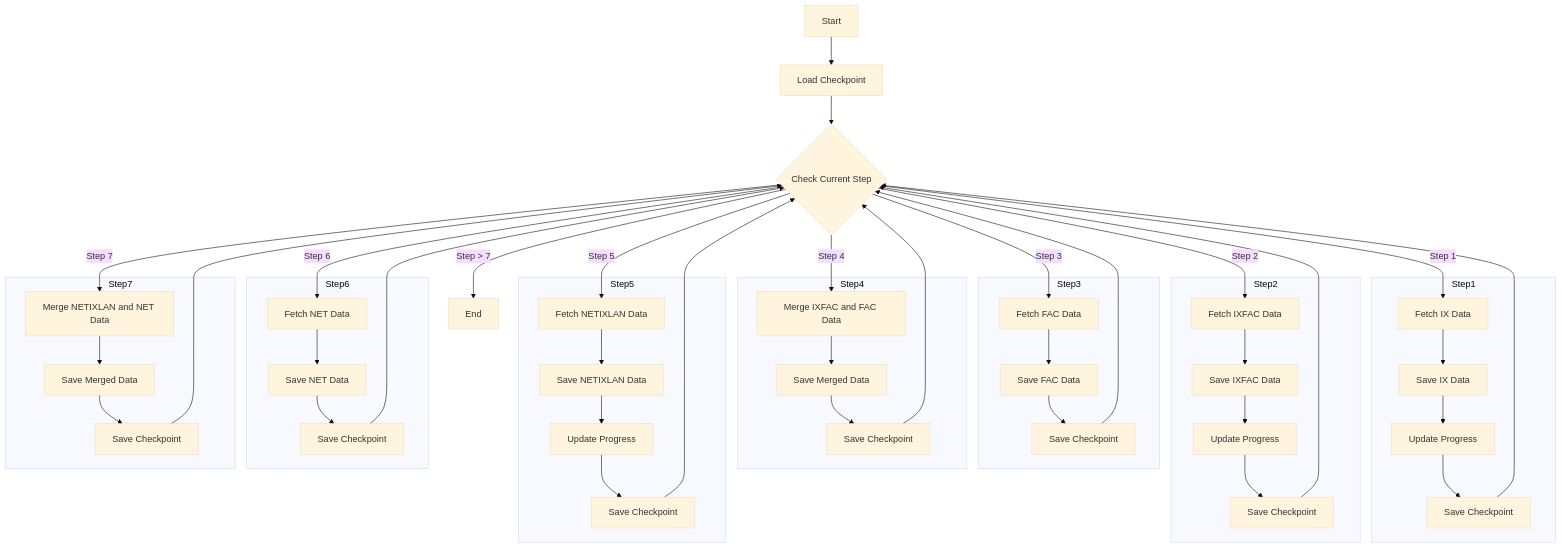
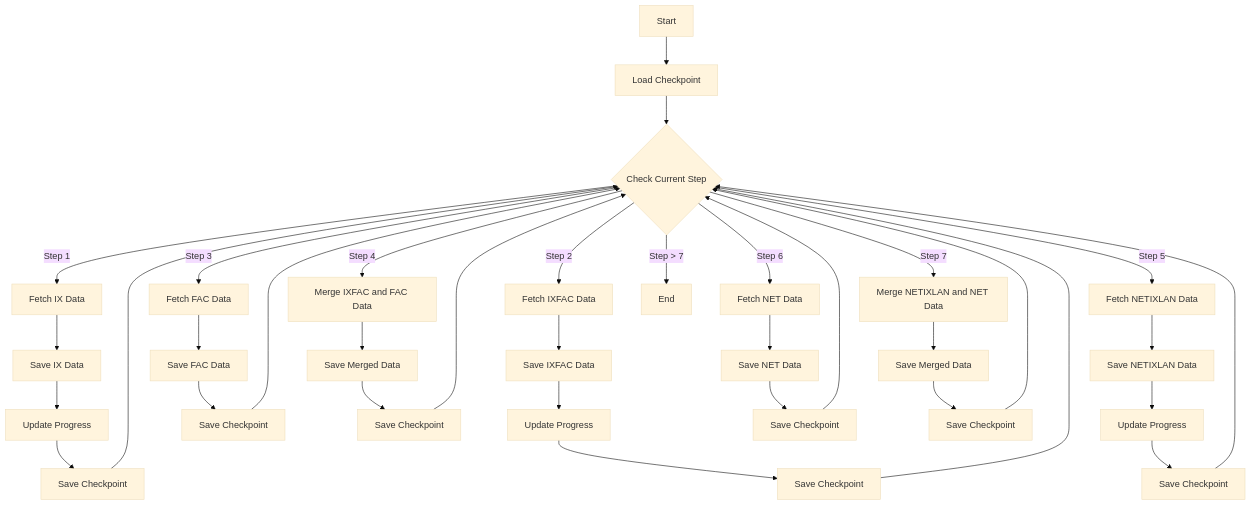
The diagram in PROJECT.md (ibebrasil/ix.br-network-traffic-capacity-analysis), drawn with Mermaid (base theme) before and after one commit. The commit also changed other lines of this file, not shown here.

Commit message:
refactor: Reorganize project flow diagram to be more vertical and steps in ascending order

````diff
--- a/PROJECT.md
+++ b/PROJECT.md
@@ -3,78 +3,45 @@
 ```mermaid
 graph TD
-    A[Start]
-    B[Load Checkpoint]
-    C{Check Current Step}
-    AB[End]
-
-    A --> B
-    B --> C
-
-    subgraph Step1
-    D[Fetch IX Data]
-    E[Save IX Data]
-    F[Update Progress]
-    G[Save Checkpoint]
-    end
-
-    subgraph Step2
-    H[Fetch IXFAC Data]
-    I[Save IXFAC Data]
-    J[Update Progress]
-    K[Save Checkpoint]
-    end
-
-    subgraph Step3
-    L[Fetch FAC Data]
-    M[Save FAC Data]
-    N[Save Checkpoint]
-    end
-
-    subgraph Step4
-    O[Merge IXFAC and FAC Data]
-    P[Save Merged Data]
-    Q[Save Checkpoint]
-    end
-
-    subgraph Step5
-    R[Fetch NETIXLAN Data]
-    S[Save NETIXLAN Data]
-    T[Update Progress]
-    U[Save Checkpoint]
-    end
-
-    subgraph Step6
-    V[Fetch NET Data]
-    W[Save NET Data]
-    X[Save Checkpoint]
-    end
-
-    subgraph Step7
-    Y[Merge NETIXLAN and NET Data]
-    Z[Save Merged Data]
-    AA[Save Checkpoint]
-    end
-
-    C -->|Step 1| D
-    D --> E --> F --> G --> C
-
-    C -->|Step 2| H
-    H --> I --> J --> K --> C
-
-    C -->|Step 3| L
-    L --> M --> N --> C
-
-    C -->|Step 4| O
-    O --> P --> Q --> C
-
-    C -->|Step 5| R
-    R --> S --> T --> U --> C
-
-    C -->|Step 6| V
-    V --> W --> X --> C
-
-    C -->|Step 7| Y
-    Y --> Z --> AA --> C
-
-    C -->|Step > 7| AB
+    A[Start] --> B[Load Checkpoint]
+    B --> C{Check Current Step}
+    
+    C -->|Step 1| D[Fetch IX Data]
+    D --> E[Save IX Data]
+    E --> F[Update Progress]
+    F --> G[Save Checkpoint]
+    G --> C
+    
+    C -->|Step 2| H[Fetch IXFAC Data]
+    H --> I[Save IXFAC Data]
+    I --> J[Update Progress]
+    J --> K[Save Checkpoint]
+    K --> C
+    
+    C -->|Step 3| L[Fetch FAC Data]
+    L --> M[Save FAC Data]
+    M --> N[Save Checkpoint]
+    N --> C
+    
+    C -->|Step 4| O[Merge IXFAC and FAC Data]
+    O --> P[Save Merged Data]
+    P --> Q[Save Checkpoint]
+    Q --> C
+    
+    C -->|Step 5| R[Fetch NETIXLAN Data]
+    R --> S[Save NETIXLAN Data]
+    S --> T[Update Progress]
+    T --> U[Save Checkpoint]
+    U --> C
+    
+    C -->|Step 6| V[Fetch NET Data]
+    V --> W[Save NET Data]
+    W --> X[Save Checkpoint]
+    X --> C
+    
+    C -->|Step 7| Y[Merge NETIXLAN and NET Data]
+    Y --> Z[Save Merged Data]
+    Z --> AA[Save Checkpoint]
+    AA --> C
+    
+    C -->|Step > 7| AB[End]
 ```
````
